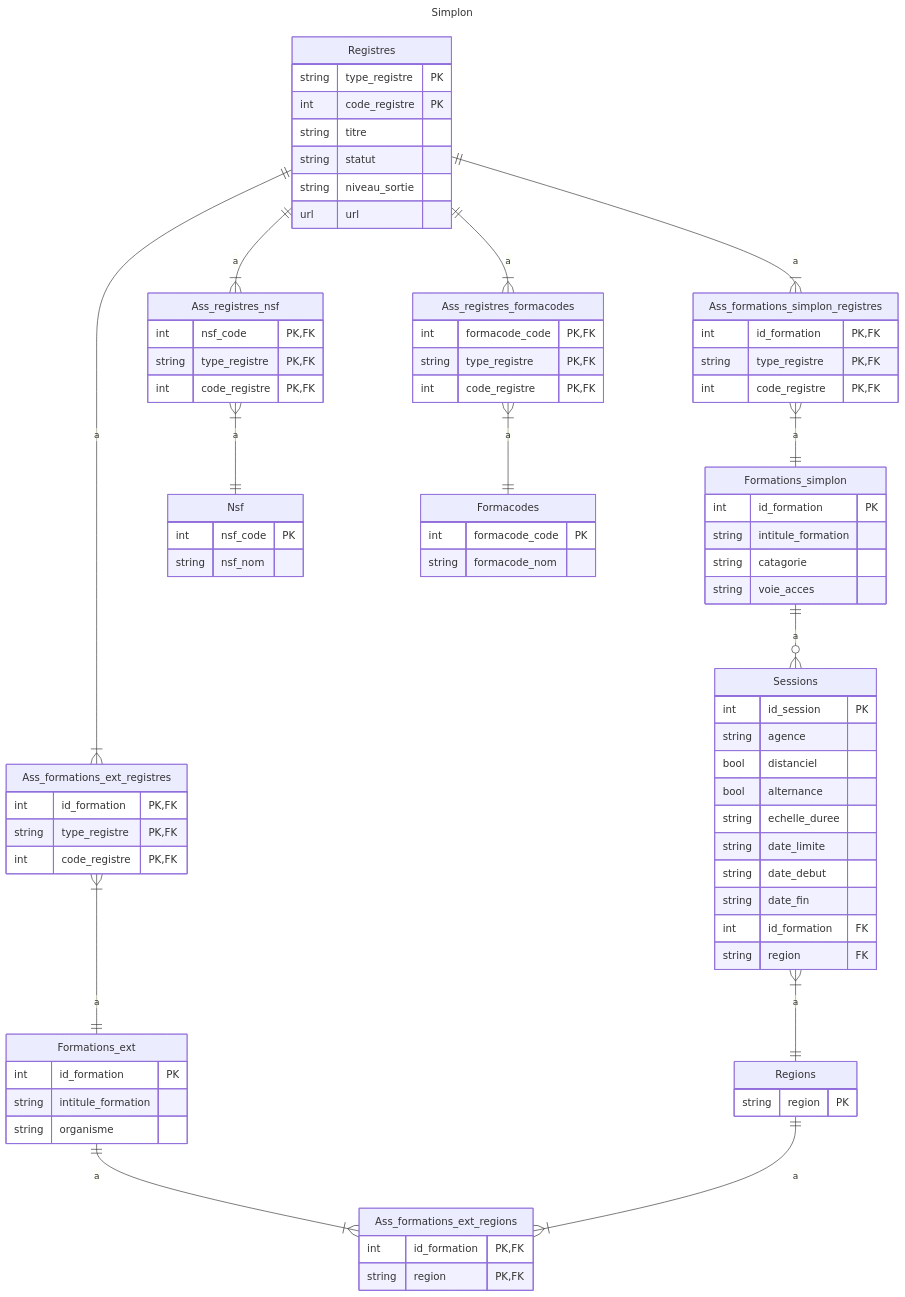
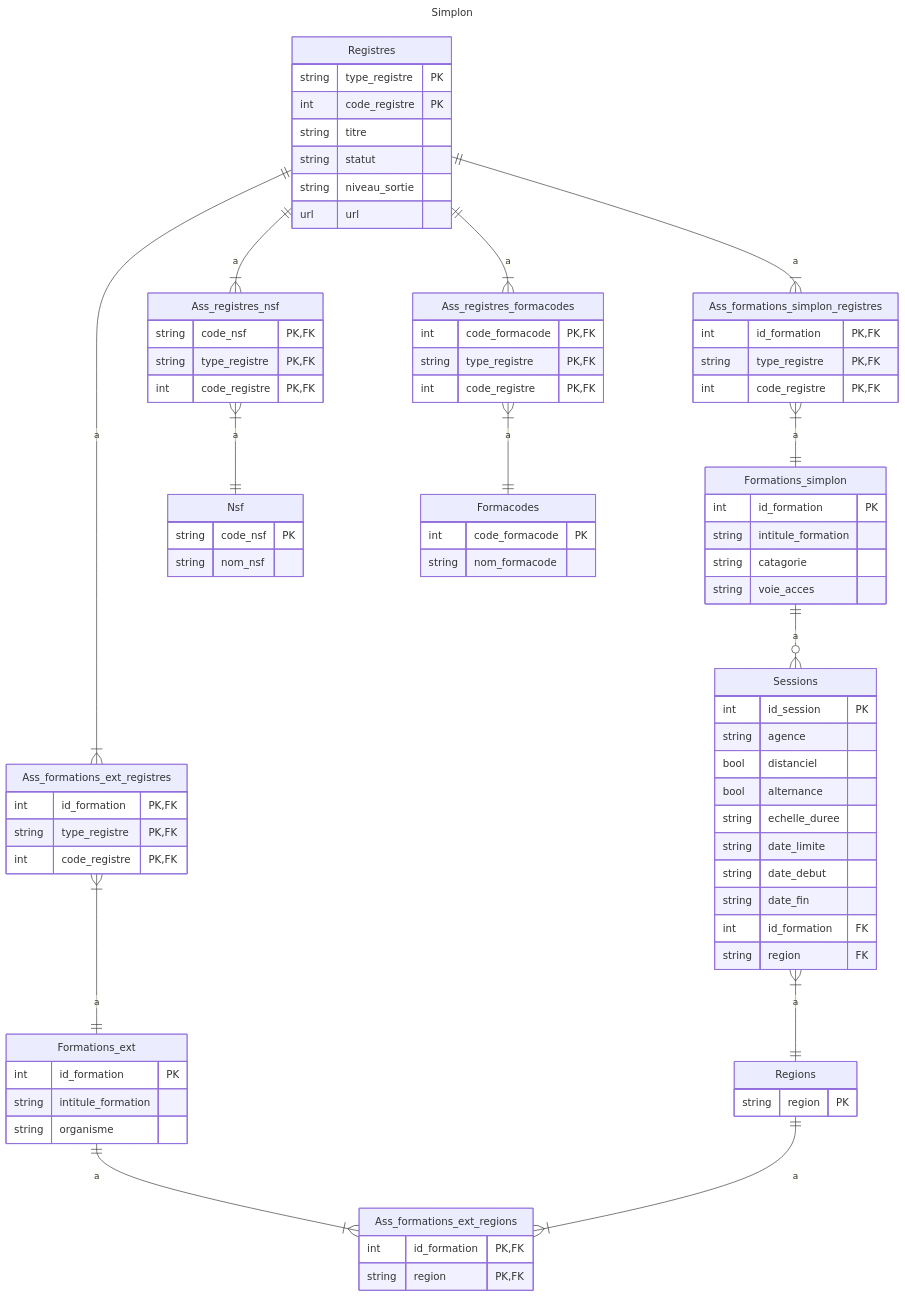
The diagram in README.md (GuilhemDolet/3_weeks_simplon_project), drawn with Mermaid before and after one commit. The commit also changed 1 other file, not shown here.

Commit message:
Maj READme + gitignore

```diff
--- a/README.md
+++ b/README.md
@@ -39,12 +39,12 @@
         url url
     }
     Nsf {
-        int nsf_code PK
-        string nsf_nom
+        string code_nsf PK
+        string nom_nsf
     }
     Formacodes {
-        int formacode_code PK
-        string formacode_nom
+        int code_formacode PK
+        string nom_formacode
     }
     Ass_formations_simplon_registres {
         int id_formation PK, FK
@@ -57,12 +57,12 @@
         int code_registre PK, FK
     }
     Ass_registres_nsf {
-        int nsf_code PK, FK
+        string code_nsf PK, FK
         string type_registre PK, FK
         int code_registre PK, FK
     }
     Ass_registres_formacodes {
-        int formacode_code PK, FK
+        int code_formacode PK, FK
         string type_registre PK, FK
         int code_registre PK, FK
     }
```
